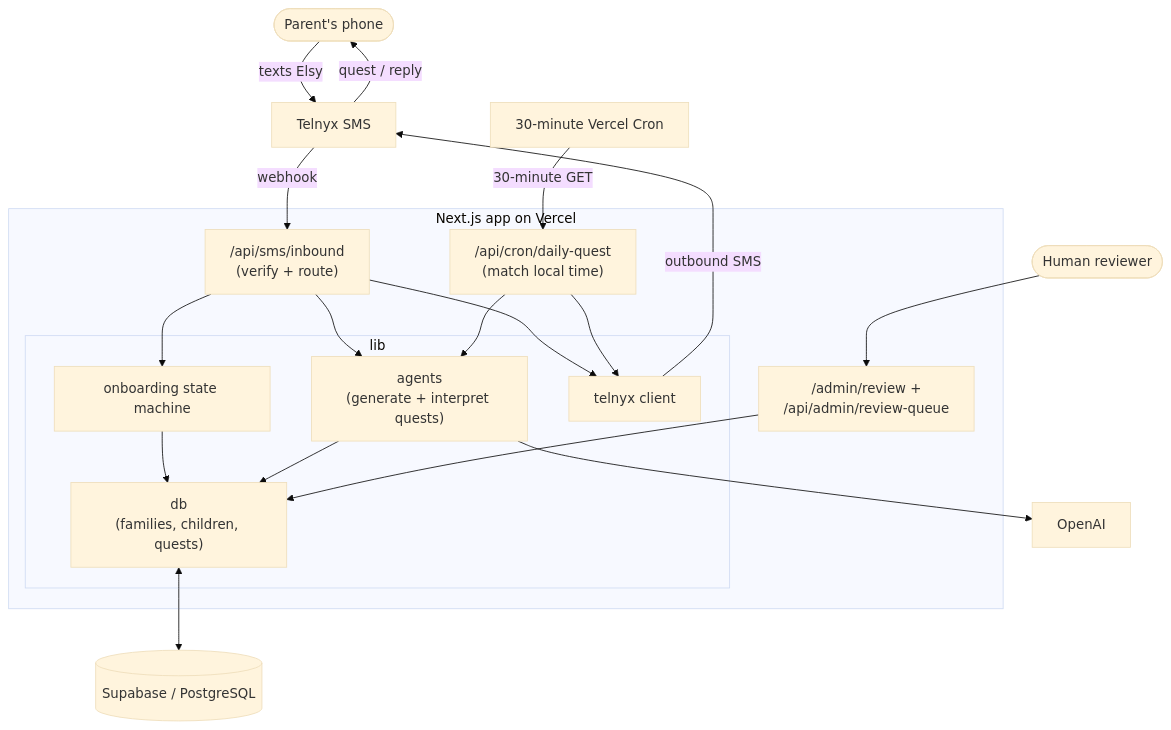
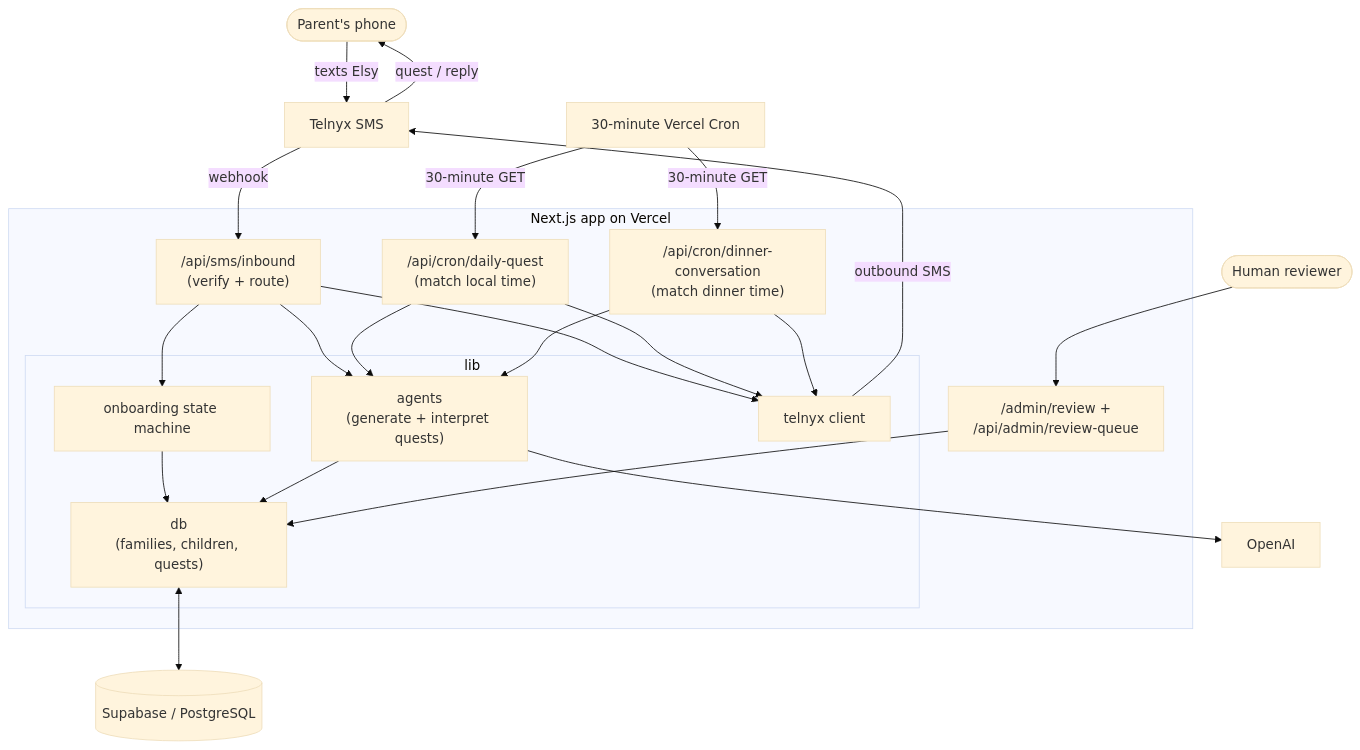
Before and after one commit to yiyaw-lab/thinkelse: the diagram in README.md, drawn with Mermaid (base theme). The commit also changed other lines of this file and 19 other files, not shown here.

Commit message:
[codex] add evidence-informed dinner conversation flow (#10)

````diff
--- a/README.md
+++ b/README.md
@@ -38,40 +43,44 @@
 ```mermaid
 flowchart TD
     Parent([Parent's phone])
     Telnyx[Telnyx SMS]
     Scheduler[30-minute Vercel Cron]
 
     subgraph App[Next.js app on Vercel]
         Inbound["/api/sms/inbound<br/>(verify + route)"]
         Cron["/api/cron/daily-quest<br/>(match local time)"]
+        DinnerCron["/api/cron/dinner-conversation<br/>(match dinner time)"]
         Admin["/admin/review +<br/>/api/admin/review-queue"]
 
         subgraph Lib[lib]
             Onboard[onboarding state machine]
             Agents["agents<br/>(generate + interpret quests)"]
             DB["db<br/>(families, children, quests)"]
             TelnyxLib[telnyx client]
         end
     end
 
     OpenAI[OpenAI]
     Supabase[(Supabase / PostgreSQL)]
     Reviewer([Human reviewer])
 
     Parent -->|texts Elsy| Telnyx -->|webhook| Inbound
     Scheduler -->|30-minute GET| Cron
+    Scheduler -->|30-minute GET| DinnerCron
 
     Inbound --> Onboard
     Inbound --> Agents
     Cron --> Agents
+    DinnerCron --> Agents
     Agents --> OpenAI
     Onboard --> DB
     Agents --> DB
     DB <--> Supabase
 
     Inbound --> TelnyxLib
     Cron --> TelnyxLib
+    DinnerCron --> TelnyxLib
     TelnyxLib -->|outbound SMS| Telnyx -->|quest / reply| Parent
 
     Reviewer --> Admin --> DB
 ```
````
